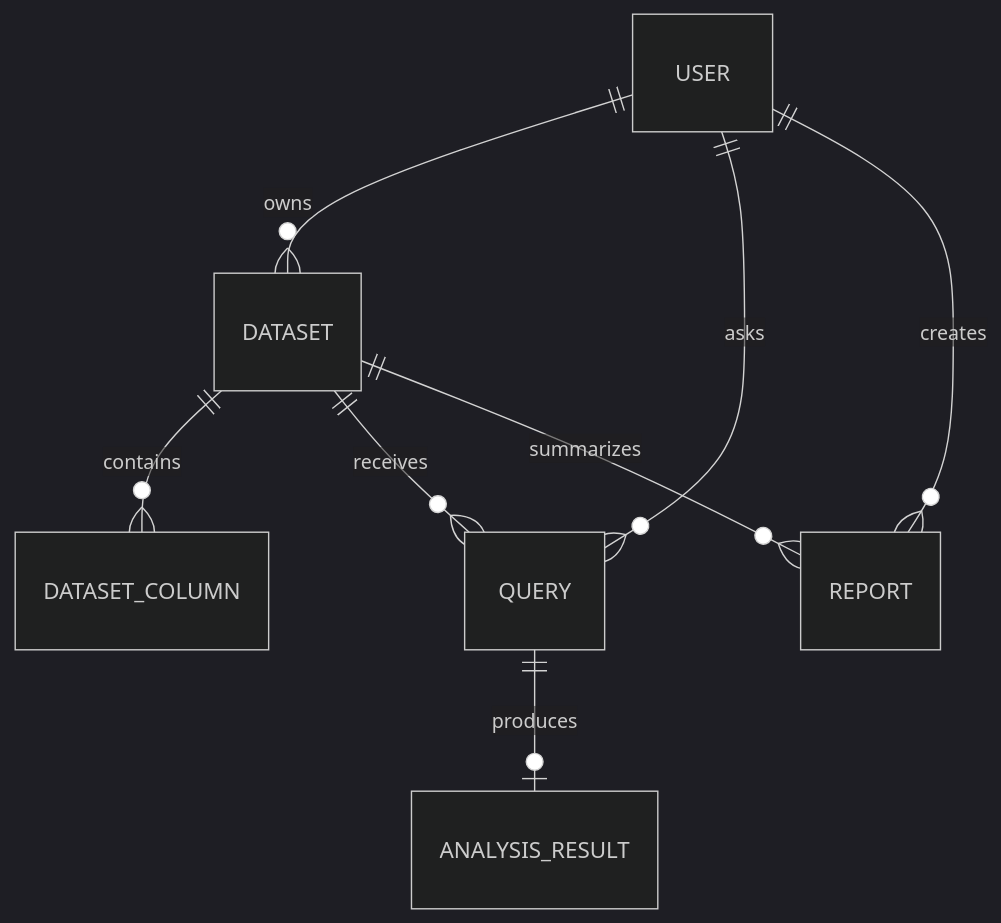
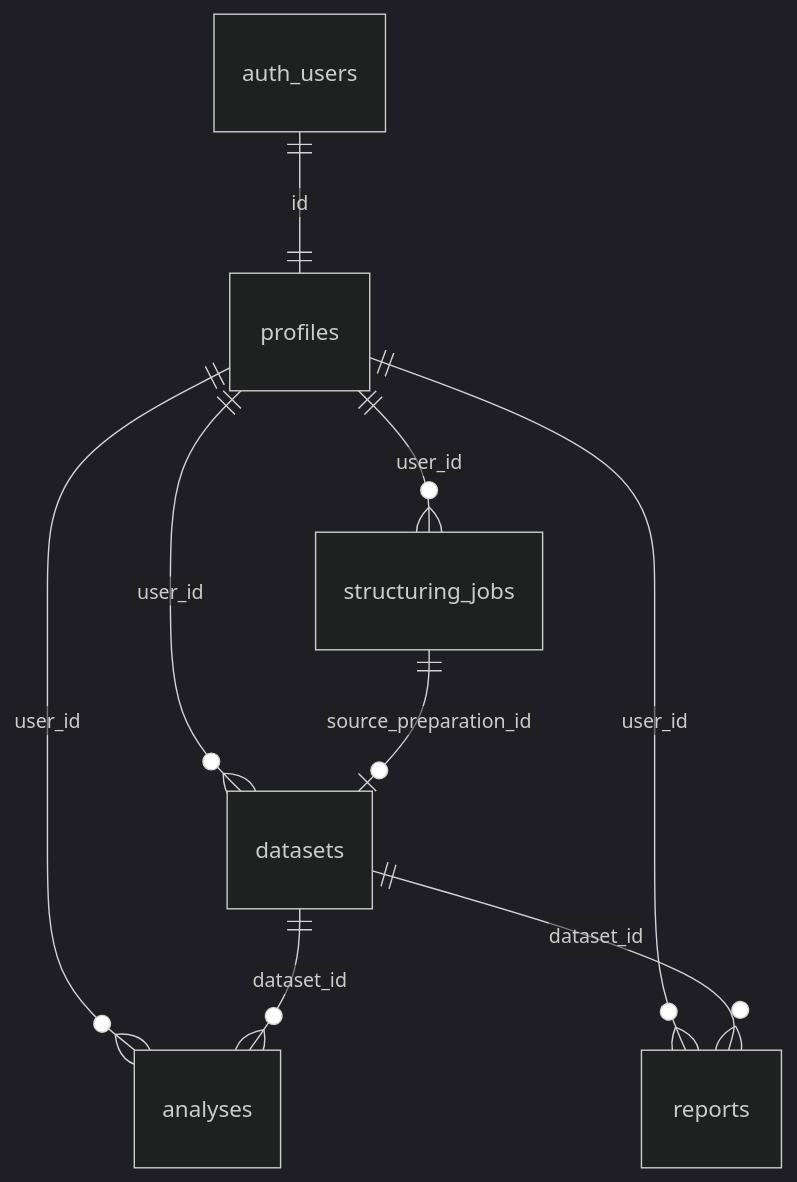
The second of 2 diagrams in README.md (veerendra789/AI-Data-Analyst-Platform), drawn with Mermaid (dark theme) before and after one commit. The commit also changed other lines of this file and 77 other files, not shown here.

````diff
--- a/README.md
+++ b/README.md
@@ -214,10 +45,11 @@
 ```mermaid
 erDiagram
-	USER ||--o{ DATASET : owns
-	DATASET ||--o{ DATASET_COLUMN : contains
-	USER ||--o{ QUERY : asks
-	DATASET ||--o{ QUERY : receives
-	QUERY ||--o| ANALYSIS_RESULT : produces
-	USER ||--o{ REPORT : creates
-	DATASET ||--o{ REPORT : summarizes
+	auth_users ||--|| profiles : "id"
+	profiles ||--o{ datasets : "user_id"
+	profiles ||--o{ analyses : "user_id"
+	profiles ||--o{ reports : "user_id"
+	profiles ||--o{ structuring_jobs : "user_id"
+	datasets ||--o{ analyses : "dataset_id"
+	datasets ||--o{ reports : "dataset_id"
+	structuring_jobs ||--o| datasets : "source_preparation_id"
 ```
````
